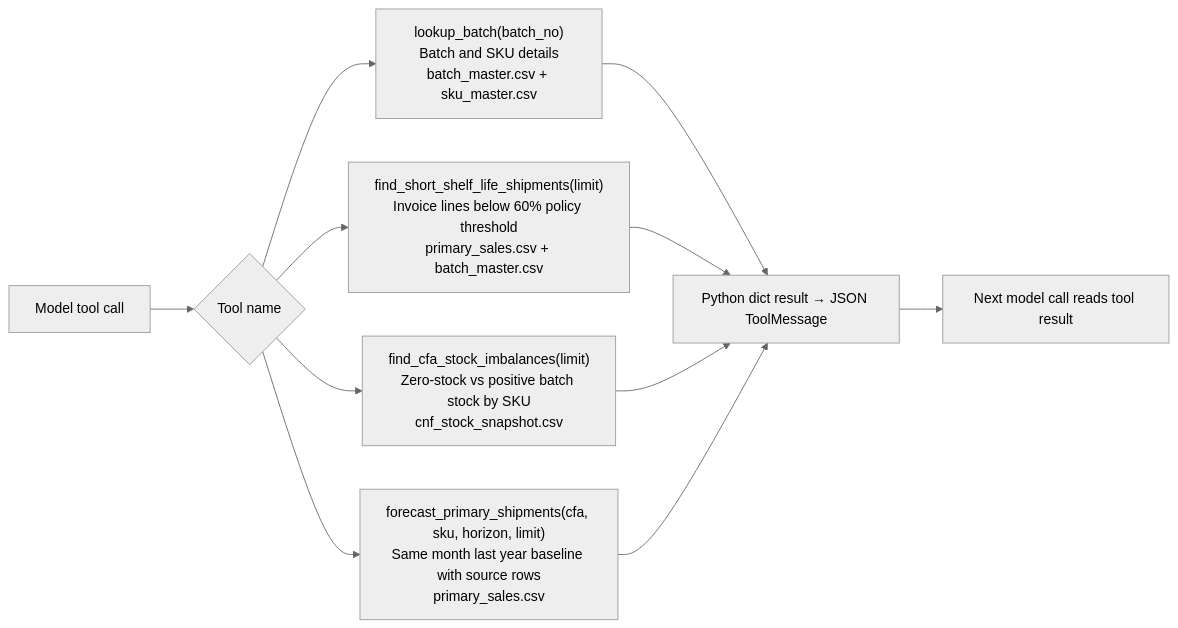
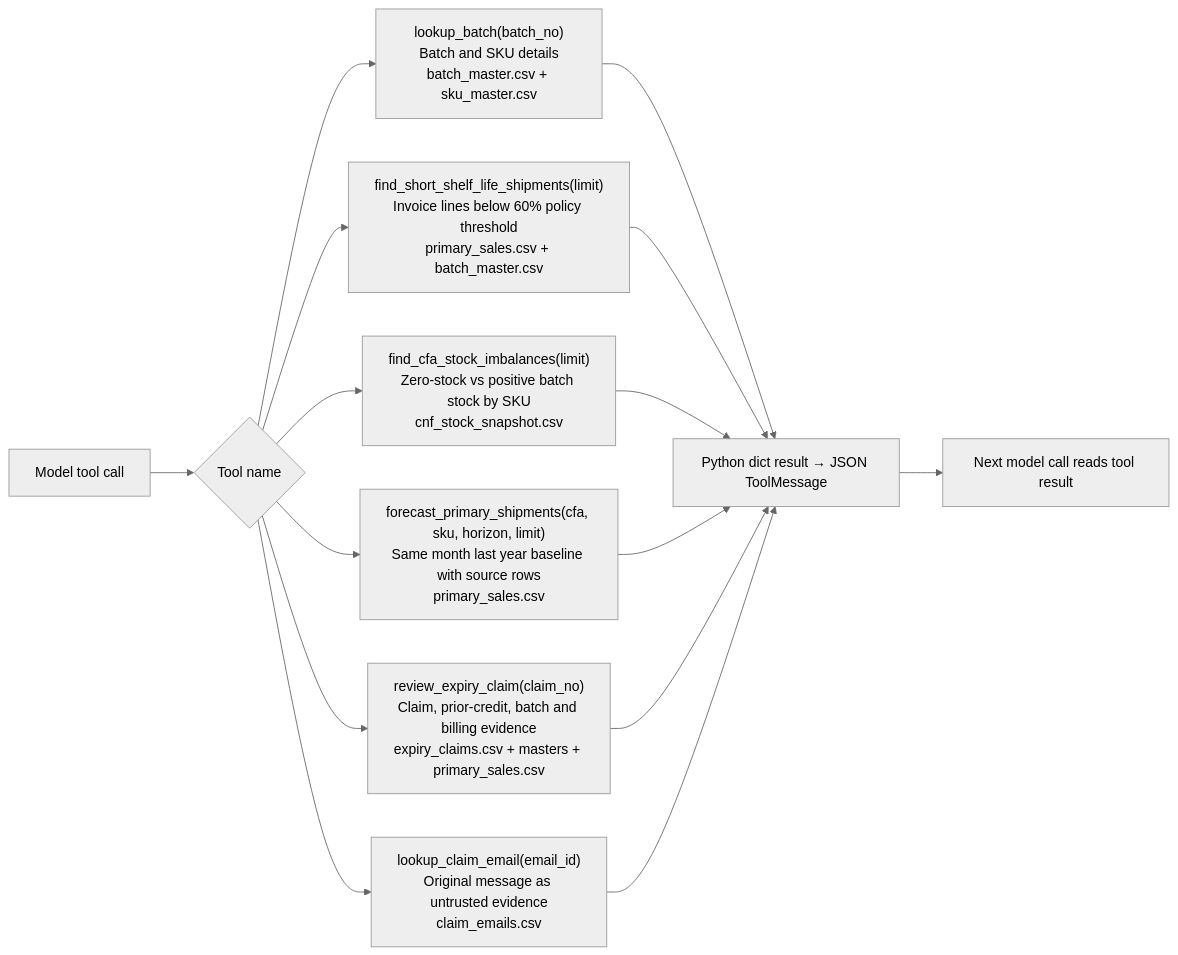
One commit to palashdange/Project_Pfizer changed the second of 2 diagrams in pfizer-channel-engagement_learner-pack/discovery/Graph_mermaid.md. Above: the diagram before and after it, drawn with Mermaid (neutral theme). The commit also changed other lines of this file and 24 other files, not shown here.

````diff
--- a/pfizer-channel-engagement_learner-pack/discovery/Graph_mermaid.md
+++ b/pfizer-channel-engagement_learner-pack/discovery/Graph_mermaid.md
@@ -34,13 +34,17 @@
 ```mermaid
 flowchart LR
     ToolCall["Model tool call"] --> Dispatch{"Tool name"}
     Dispatch --> Batch["lookup_batch(batch_no)<br/>Batch and SKU details<br/>batch_master.csv + sku_master.csv"]
     Dispatch --> Shelf["find_short_shelf_life_shipments(limit)<br/>Invoice lines below 60% policy threshold<br/>primary_sales.csv + batch_master.csv"]
     Dispatch --> Stock["find_cfa_stock_imbalances(limit)<br/>Zero-stock vs positive batch stock by SKU<br/>cnf_stock_snapshot.csv"]
     Dispatch --> Forecast["forecast_primary_shipments(cfa, sku, horizon, limit)<br/>Same month last year baseline with source rows<br/>primary_sales.csv"]
+    Dispatch --> Claim["review_expiry_claim(claim_no)<br/>Claim, prior-credit, batch and billing evidence<br/>expiry_claims.csv + masters + primary_sales.csv"]
+    Dispatch --> Email["lookup_claim_email(email_id)<br/>Original message as untrusted evidence<br/>claim_emails.csv"]
     Batch --> Evidence["Python dict result → JSON ToolMessage"]
     Shelf --> Evidence
     Stock --> Evidence
     Forecast --> Evidence
+    Claim --> Evidence
+    Email --> Evidence
     Evidence --> ModelAgain["Next model call reads tool result"]
 ```
````
